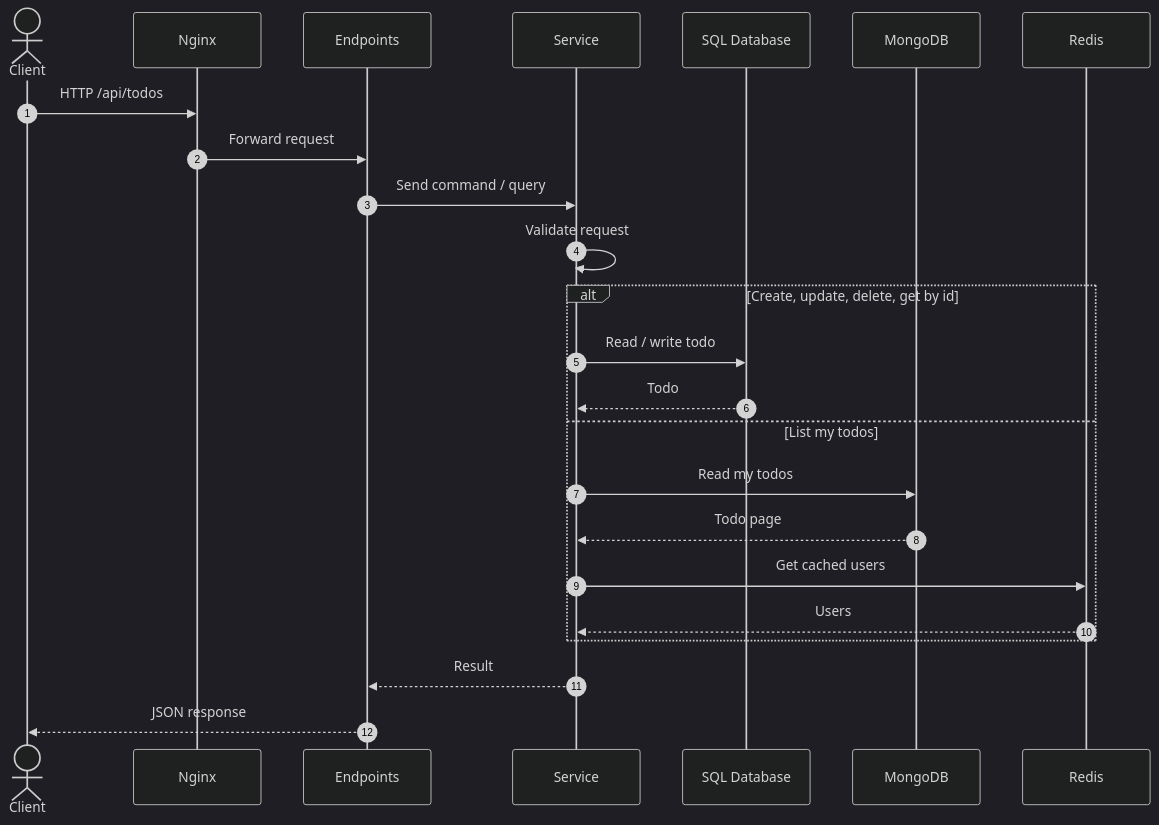
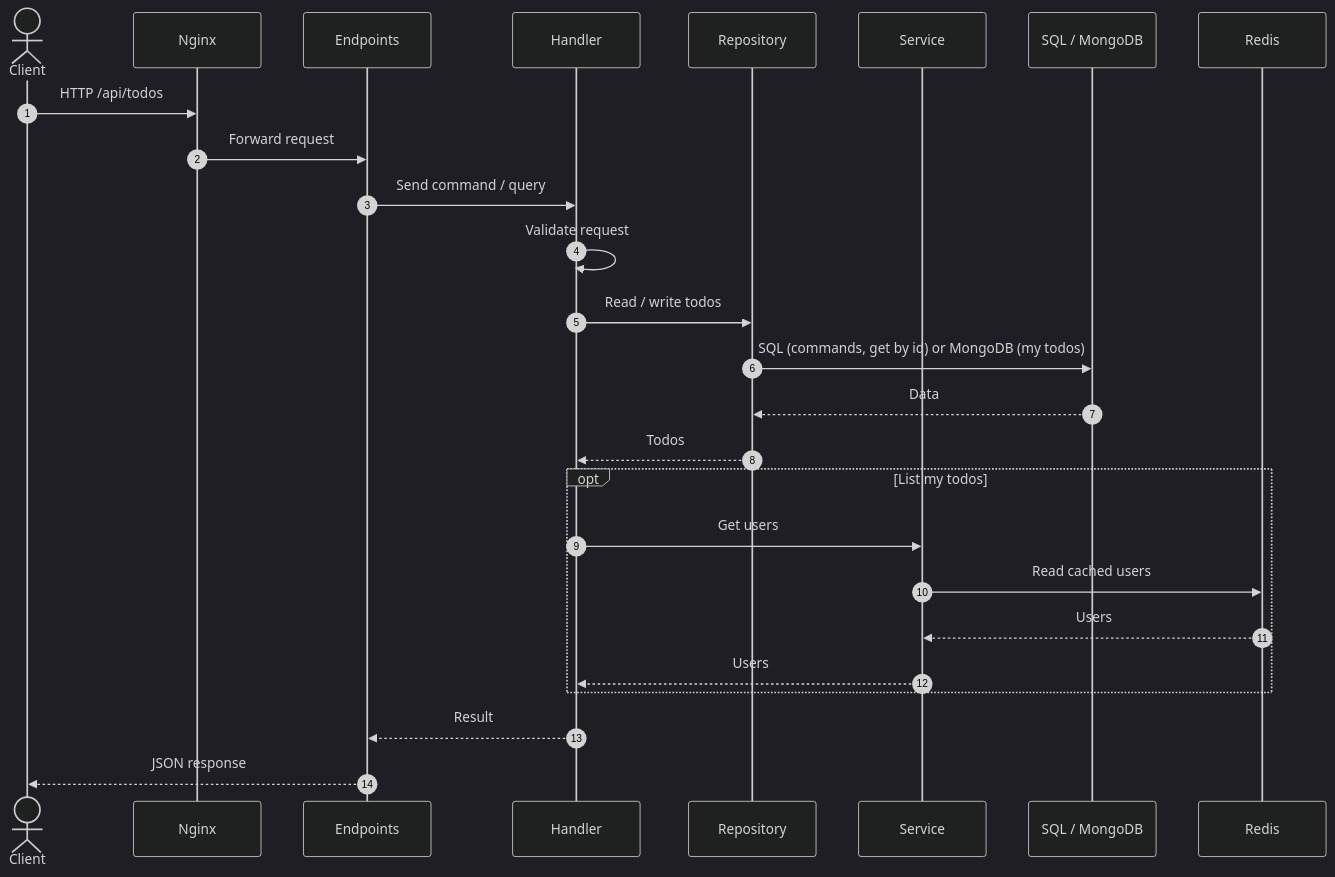
Before and after one commit to p3t3r276/todolist-net8-fastendpoint: the first of 2 diagrams in README.md, drawn with Mermaid (dark theme). The commit also changed other lines of this file and 2 other files, not shown here.

Commit message:
docs: route overview flows through the Handler
Use the four-box layout from docs/Architecture.drawio (Endpoints, Repository,
Service, Handler) and route every path through the Handler before the
Repository. The Service handles Redis and the Identity tables. Update the
request flow diagram to match.

Claude-Session: https://claude.ai/code/session_01MJLC9h6yEsZE7uxa8McSpp

````diff
--- a/README.md
+++ b/README.md
@@ -37,27 +37,29 @@
 ```mermaid
 sequenceDiagram
     autonumber
     actor C as Client
     participant N as Nginx
     participant E as Endpoints
-    participant A as Service
-    participant S as SQL Database
-    participant M as MongoDB
+    participant H as Handler
+    participant Rp as Repository
+    participant Sv as Service
+    participant D as SQL / MongoDB
     participant R as Redis
 
     C->>N: HTTP /api/todos
     N->>E: Forward request
-    E->>A: Send command / query
-    A->>A: Validate request
-    alt Create, update, delete, get by id
-        A->>S: Read / write todo
-        S-->>A: Todo
-    else List my todos
-        A->>M: Read my todos
-        M-->>A: Todo page
-        A->>R: Get cached users
-        R-->>A: Users
+    E->>H: Send command / query
+    H->>H: Validate request
+    H->>Rp: Read / write todos
+    Rp->>D: SQL (commands, get by id) or MongoDB (my todos)
+    D-->>Rp: Data
+    Rp-->>H: Todos
+    opt List my todos
+        H->>Sv: Get users
+        Sv->>R: Read cached users
+        R-->>Sv: Users
+        Sv-->>H: Users
     end
-    A-->>E: Result
+    H-->>E: Result
     E-->>C: JSON response
 ```
````
